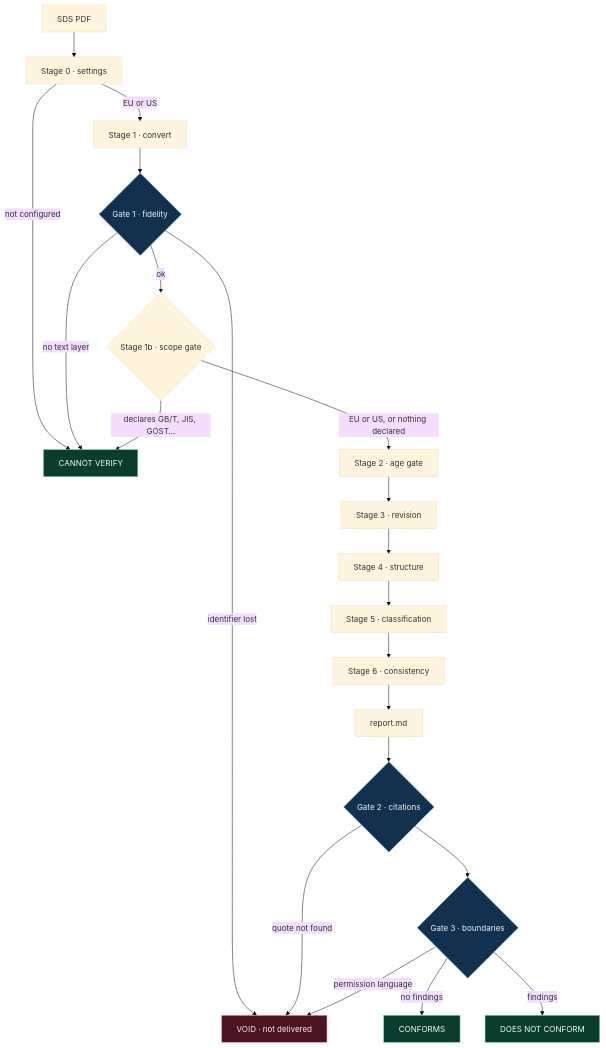
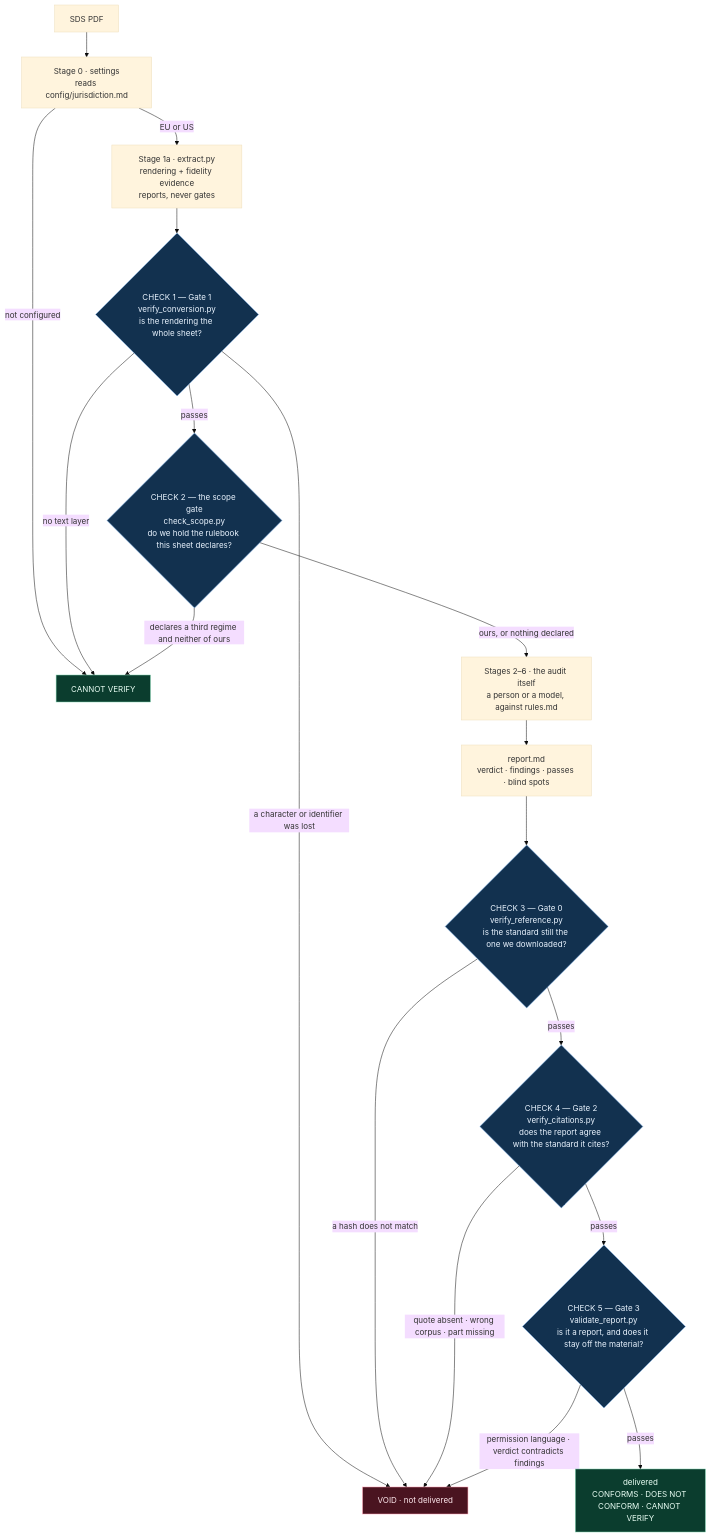
The first of 2 diagrams in README.md (sergeymanevitch/Salus), drawn with Mermaid (base theme) before and after one commit. The commit also changed other lines of this file and 1 other file, not shown here.

Commit message:
README: the diagram shows all five checks, and stops pretending a gate decides the verdict
The flowchart still showed the three gates of this morning. Gate 0 and the scope
gate were missing entirely, no node said which script it was, and the last edges
read "Gate 3 -> no findings -> CONFORMS", which inverts the design: the audit
reaches the verdict and the gate only refuses to deliver a report that does not
hold together. Each check is now numbered in the order a run meets it, named by
its script, and labelled with the question it answers. Both diagrams render:
checked with the mermaid CLI, not by eye.

````diff
--- a/README.md
+++ b/README.md
@@ -175,30 +178,30 @@
 ```mermaid
 flowchart TD
-    SDS["SDS PDF"] --> S0["Stage 0 · settings"]
+    SDS["SDS PDF"] --> S0["Stage 0 · settings<br/>reads config/jurisdiction.md"]
     S0 -->|not configured| CV["CANNOT VERIFY"]
-    S0 -->|EU or US| S1["Stage 1 · convert"]
-    S1 --> G1{"Gate 1 · fidelity"}
+    S0 -->|EU or US| EX["Stage 1a · extract.py<br/>rendering + fidelity evidence<br/>reports, never gates"]
+
+    EX --> G1{"CHECK 1 — Gate 1<br/>verify_conversion.py<br/>is the rendering the whole sheet?"}
     G1 -->|no text layer| CV
-    G1 -->|identifier lost| VOID["VOID · not delivered"]
-    G1 -->|ok| SC{"Stage 1b · scope gate"}
-    SC -->|"declares GB/T, JIS, GOST…"| CV
-    SC -->|EU or US, or nothing declared| S2["Stage 2 · age gate"]
-    S2 --> S3["Stage 3 · revision"]
-    S3 --> S4["Stage 4 · structure"]
-    S4 --> S5["Stage 5 · classification"]
-    S5 --> S6["Stage 6 · consistency"]
-    S6 --> REP["report.md"]
-    REP --> G2{"Gate 2 · citations"}
-    G2 -->|quote not found| VOID
-    G2 --> G3{"Gate 3 · boundaries"}
-    G3 -->|permission language| VOID
-    G3 -->|no findings| OK["CONFORMS"]
-    G3 -->|findings| NO["DOES NOT CONFORM"]
+    G1 -->|a character or identifier was lost| VOID["VOID · not delivered"]
+    G1 -->|passes| SC{"CHECK 2 — the scope gate<br/>check_scope.py<br/>do we hold the rulebook this sheet declares?"}
+
+    SC -->|declares a third regime and neither of ours| CV
+    SC -->|ours, or nothing declared| AUD["Stages 2–6 · the audit itself<br/>a person or a model, against rules.md"]
+    AUD --> REP["report.md<br/>verdict · findings · passes · blind spots"]
+
+    REP --> G0{"CHECK 3 — Gate 0<br/>verify_reference.py<br/>is the standard still the one we downloaded?"}
+    G0 -->|a hash does not match| VOID
+    G0 -->|passes| G2{"CHECK 4 — Gate 2<br/>verify_citations.py<br/>does the report agree with the standard it cites?"}
+    G2 -->|quote absent · wrong corpus · part missing| VOID
+    G2 -->|passes| G3{"CHECK 5 — Gate 3<br/>validate_report.py<br/>is it a report, and does it stay off the material?"}
+    G3 -->|permission language · verdict contradicts findings| VOID
+    G3 -->|passes| OUT["delivered<br/>CONFORMS · DOES NOT CONFORM · CANNOT VERIFY"]
 
     classDef v fill:#0b3d2e,stroke:#7fd1ae,color:#eafff5
     classDef b fill:#4a1420,stroke:#ff9db0,color:#ffe9ee
     classDef g fill:#12314f,stroke:#7fb6f0,color:#eaf4ff
-    class OK,NO,CV v
+    class OUT,CV v
     class VOID b
-    class G1,G2,G3 g
+    class G0,G1,G2,G3,SC g
 ```
````
